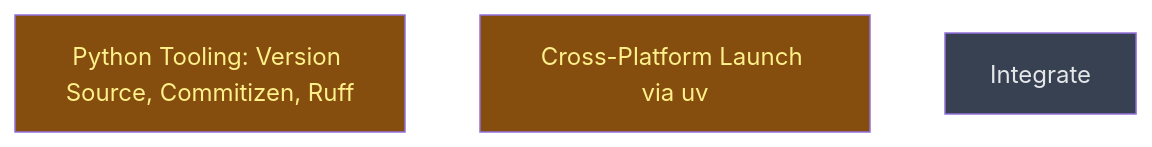
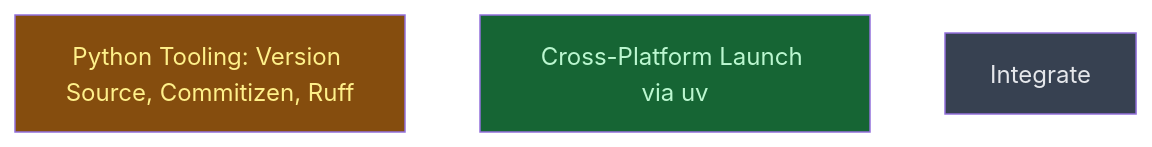
One commit to CrackingShells/colgrep-mcp changed the diagram in __roadmap__/repo_health/README.md. Above: the diagram before and after it, drawn with Mermaid. The commit also changed other lines of this file, not shown here.

Commit message:
docs(roadmap): mark launcher done

````diff
--- a/__roadmap__/repo_health/README.md
+++ b/__roadmap__/repo_health/README.md
@@ -29,11 +29,11 @@
 ```mermaid
 graph TD
     python_tooling[Python Tooling: Version Source, Commitizen, Ruff]:::inprogress
-    launcher[Cross-Platform Launch via uv]:::inprogress
+    launcher[Cross-Platform Launch via uv]:::done
     integrate[Integrate]:::planned
     classDef done       fill:#166534,color:#bbf7d0
     classDef inprogress fill:#854d0e,color:#fef08a
     classDef planned    fill:#374151,color:#e5e7eb
     classDef amendment  fill:#1e3a5f,color:#bfdbfe
     classDef blocked    fill:#7f1d1d,color:#fecaca
 ```
````
